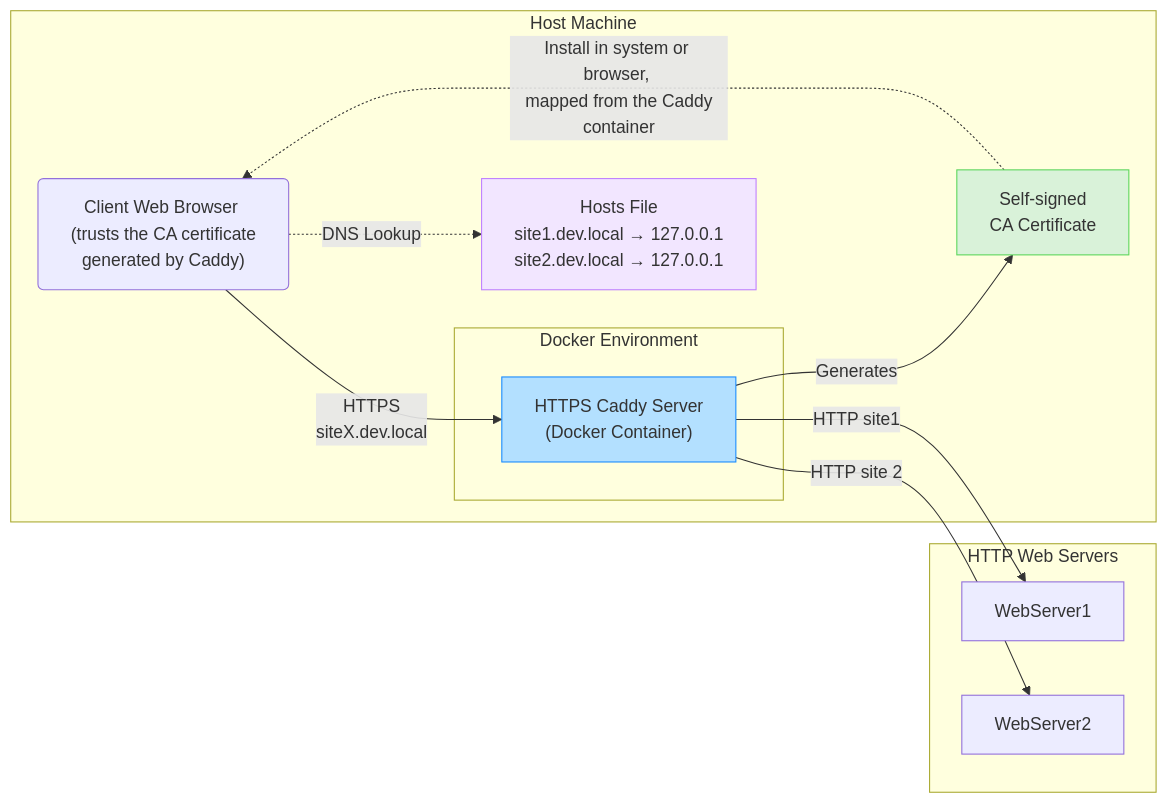
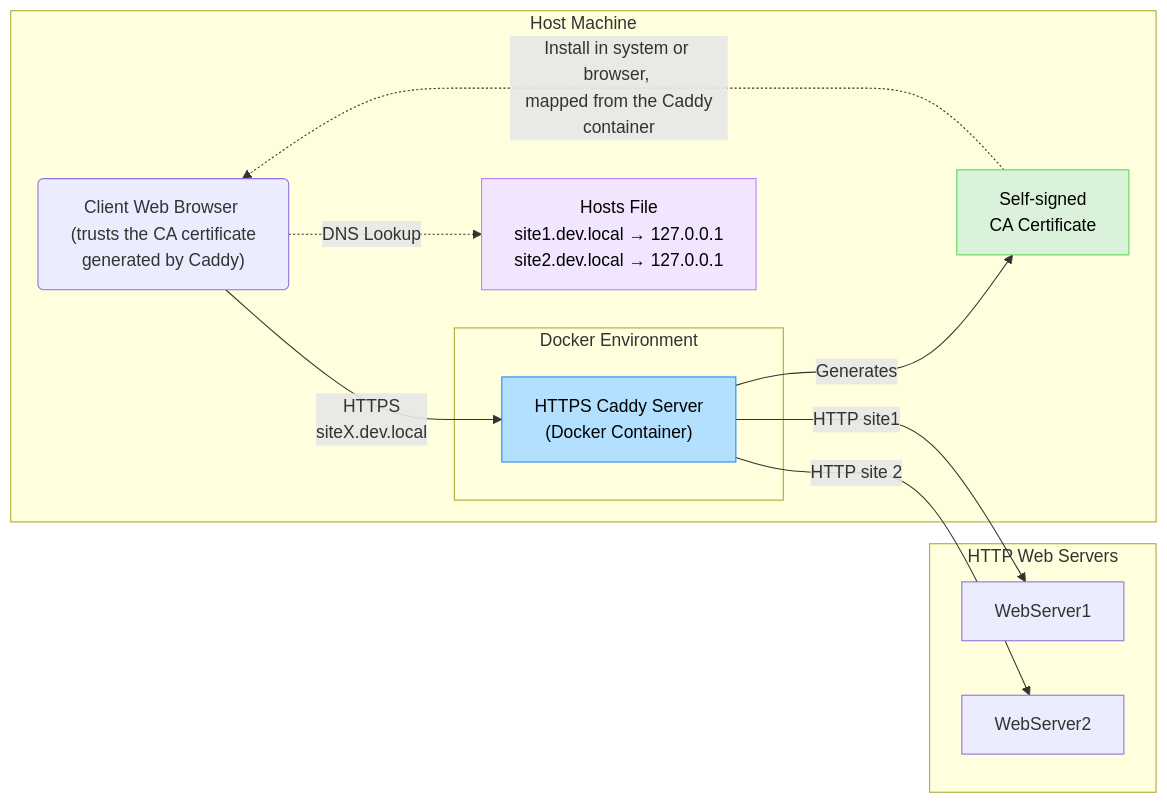
One commit to andr2k/tlsify changed the diagram in README.md. Above: the diagram before and after it, drawn with Mermaid.

Commit message:
Update README.md to enhance diagram colors for better visibility

````diff
--- a/README.md
+++ b/README.md
@@ -7,35 +7,35 @@
 ```mermaid
 flowchart LR
     Browser("Client Web Browser <br/> (trusts the CA certificate generated by Caddy)")
     CaddyDocker["HTTPS Caddy Server <br/> (Docker Container)"]
     CAcert["Self-signed <br/> CA Certificate"]
     HostsFile["Hosts File <br/> site1.dev.local → 127.0.0.1 <br/> site2.dev.local → 127.0.0.1"]
     
     Browser -->|HTTPS <br/> siteX.dev.local| CaddyDocker
     CaddyDocker -->| HTTP site1 | WebServer1
     CaddyDocker -->| HTTP site 2 | WebServer2
     
     CaddyDocker -->|Generates| CAcert
     CAcert -.->|Install in system or browser, <br/> mapped from the Caddy container| Browser
     Browser -.->|DNS Lookup| HostsFile
     
     
     subgraph "HTTP Web Servers" 
         WebServer1
         WebServer2
     end
     
     subgraph "Host Machine"
         subgraph "Docker Environment"
             CaddyDocker
         end
         Browser
         HostsFile
         CAcert
     end
     
-    style CaddyDocker fill:#b3e0ff,stroke:#1a8cff
-    style CAcert fill:#d9f2d9,stroke:#5cd65c
-    style HostsFile fill:#f2e6ff,stroke:#bf80ff
+    style CaddyDocker fill:#b3e0ff,stroke:#1a8cff,color:#000000
+    style CAcert fill:#d9f2d9,stroke:#5cd65c, color:#000000
+    style HostsFile fill:#f2e6ff,stroke:#bf80ff, color:#000000
 
 ```
````
